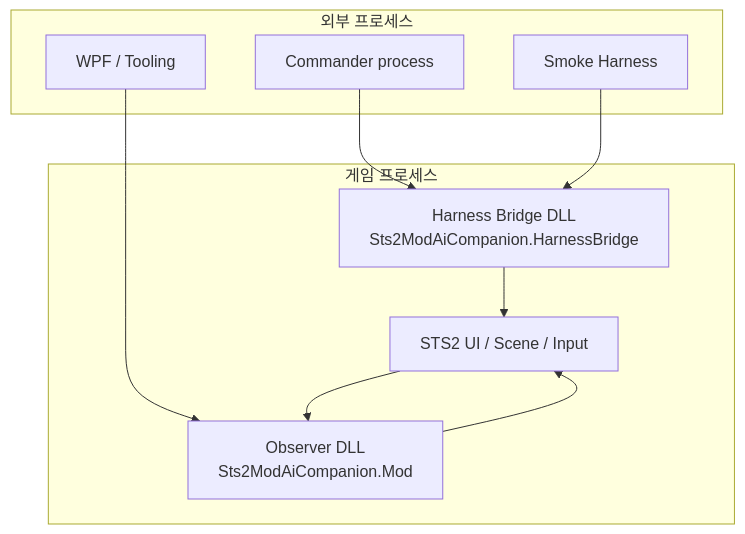
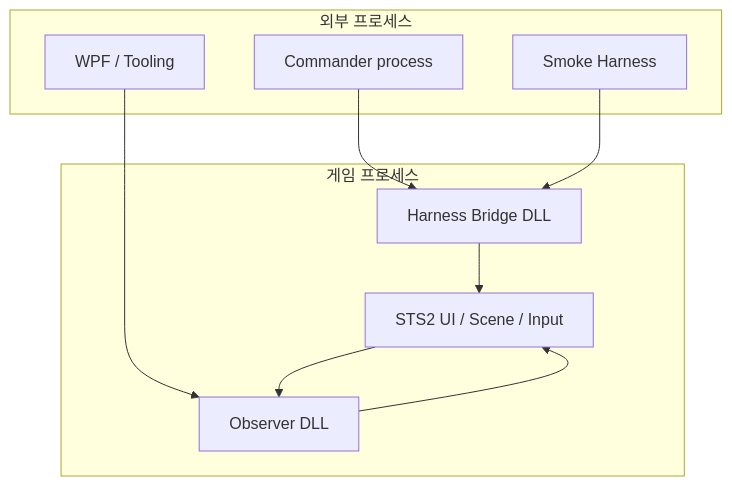
The first of 4 diagrams in docs/development/05-harness/HARNESS_LAYER_ARCHITECTURE.md (jidon333/STS2_Mod_AI_Companion), drawn with Mermaid before and after one commit. The commit also changed other lines of this file, not shown here.

Commit message:
Shorten harness diagram labels and name DLL outputs

````diff
--- a/docs/development/05-harness/HARNESS_LAYER_ARCHITECTURE.md
+++ b/docs/development/05-harness/HARNESS_LAYER_ARCHITECTURE.md
@@ -42,21 +42,21 @@
 ```mermaid
 flowchart TD
   subgraph OUT["외부 프로세스"]
     CMD["Commander process"]
     SH["Smoke Harness"]
     WPF["WPF / Tooling"]
   end
 
   subgraph GAME["게임 프로세스"]
-    MOD["Observer DLL\nSts2ModAiCompanion.Mod"]
-    BRIDGE["Harness Bridge DLL\nSts2ModAiCompanion.HarnessBridge"]
+    MOD["Observer DLL"]
+    BRIDGE["Harness Bridge DLL"]
     UI["STS2 UI / Scene / Input"]
   end
 
   CMD --> BRIDGE
   SH --> BRIDGE
   WPF --> MOD
   MOD --> UI
   BRIDGE --> UI
   UI --> MOD
 ```
````
